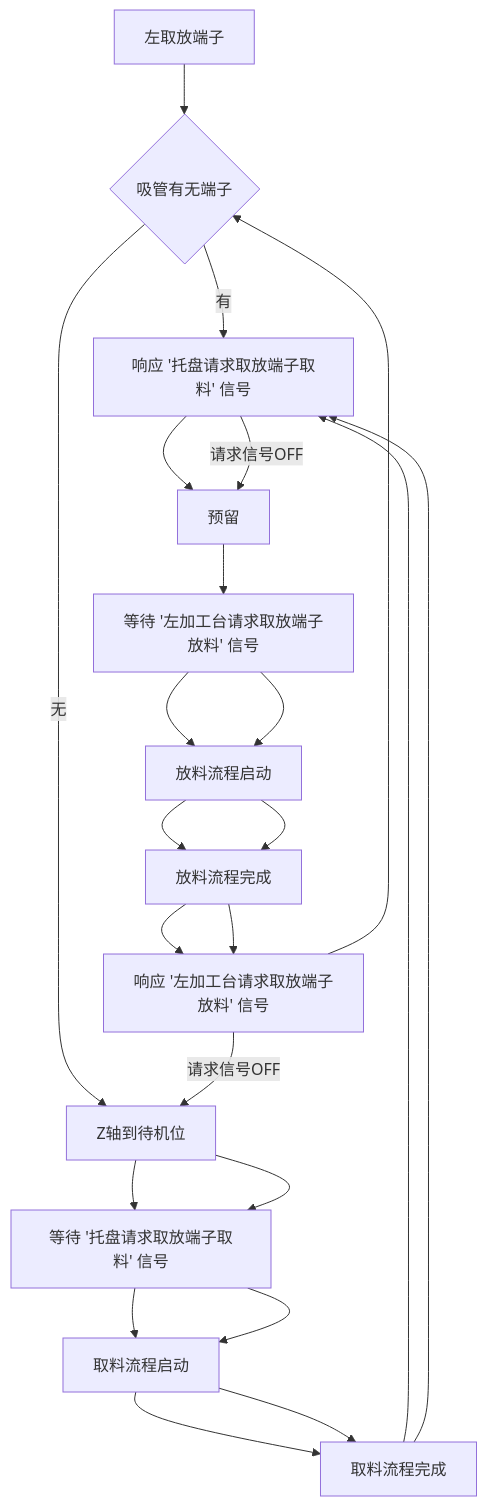
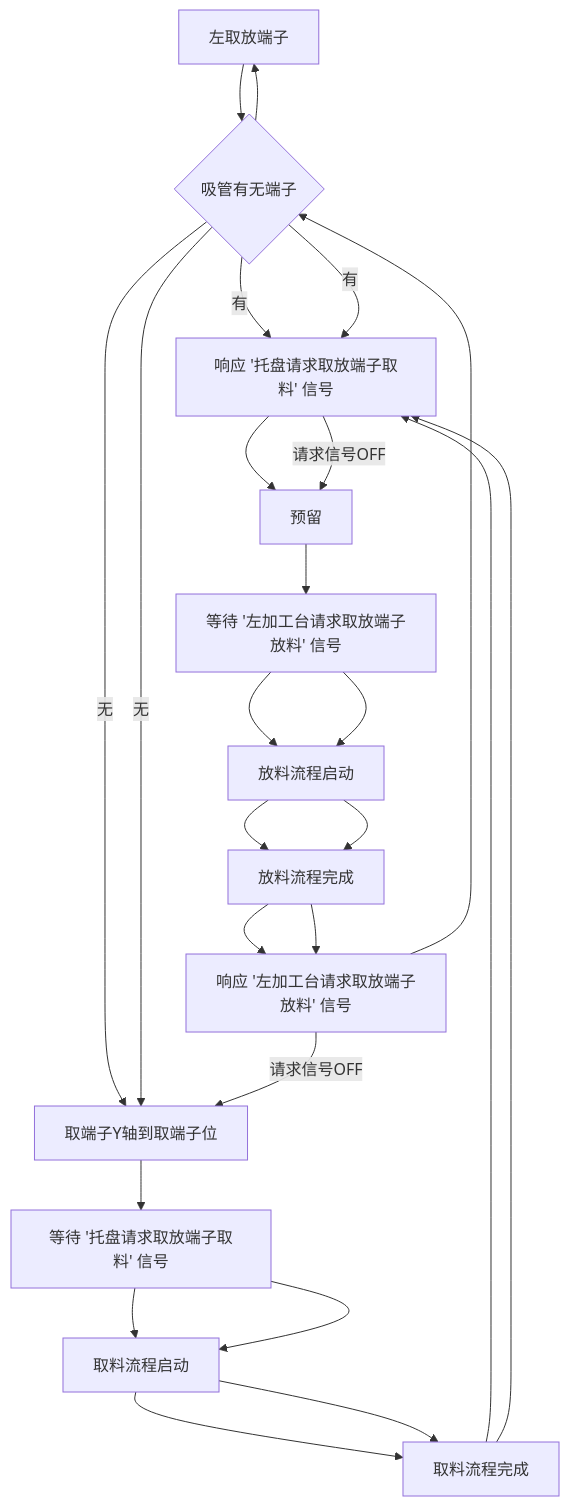
Before and after one commit to zmq000/iodraw-files: the diagram in all/VR-OP90左取放端子.md, drawn with Mermaid.

Commit message:
2026-06-18 11:32:03 update

````diff
--- a/all/VR-OP90左取放端子.md
+++ b/all/VR-OP90左取放端子.md
@@ -1,26 +1,28 @@
 ```mermaid
 graph TD
 0[左取放端子]-->10
 10{吸管有无端子}-->|有|60
 10-->|无|20
 20[取端子Y轴到取端子位]-->30
 30[托盘X轴到取端子位]-->40
 40[取端子Z轴到取端子位]-->50
 50[启动吸盘]-->60
 60[取端子Z轴到待机位]-->70
 70[预留]-->80
 80[取端子Y轴到放端子位]-->90
 90[取端子Z轴到放端子位]-->100
 100[松开吸盘]-->110
 110[取端子Z轴到待机位]-->10
 
-20[Z轴到待机位]-->30
+10[Z轴到待机位]-->0
+10{吸管有无端子}-->|有|60
+10-->|无|20
 30[等待 '托盘请求取放端子取料' 信号]-->40
 40[取料流程启动]-->50
 50[取料流程完成]-->60
 60[响应 '托盘请求取放端子取料' 信号]-->|请求信号OFF|70
 80[等待 '左加工台请求取放端子放料' 信号]-->90
 90[放料流程启动]-->100
 100[放料流程完成]-->110
 110[响应 '左加工台请求取放端子放料' 信号]-->|请求信号OFF|20
 ```
````
